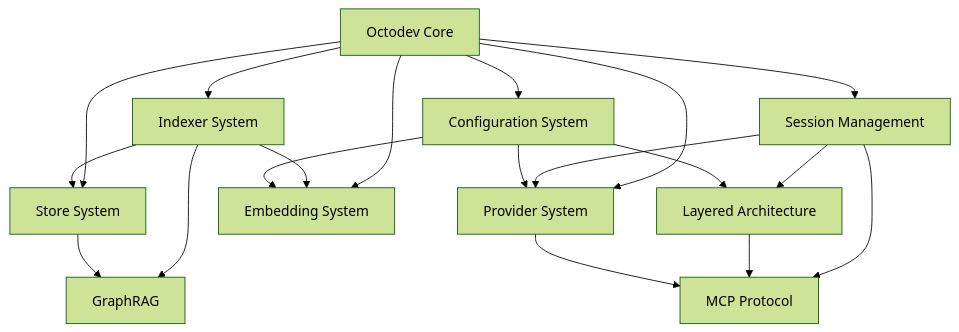
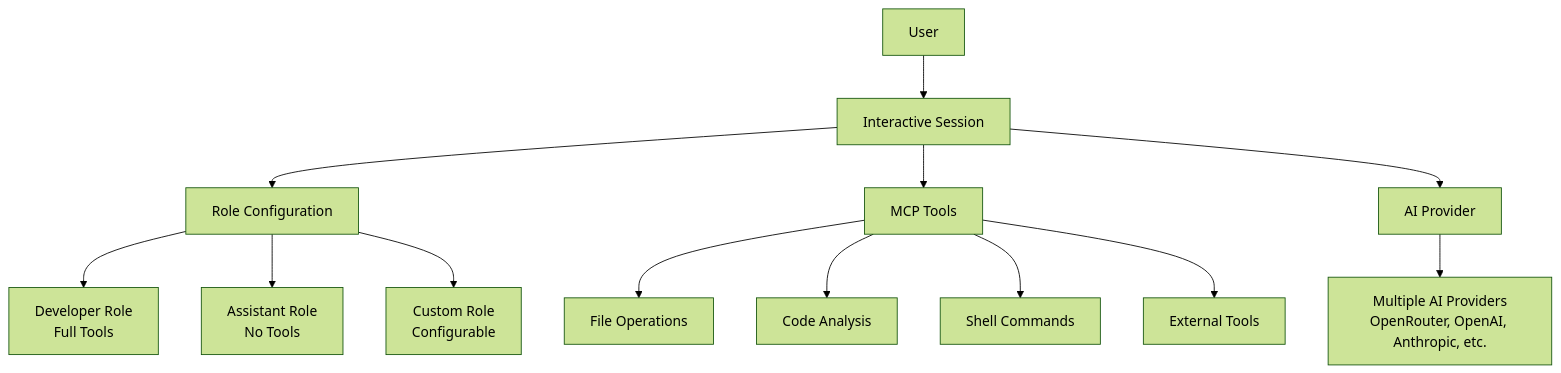
Before and after one commit to Muvon/octomind: the diagram in doc/01-overview.md, drawn with Mermaid (forest theme). The commit also changed other lines of this file and 15 other files, not shown here.

````diff
--- a/doc/01-overview.md
+++ b/doc/01-overview.md
@@ -13,22 +13,18 @@
 ```mermaid
 graph TB
-    A[Octodev Core] --> B[Configuration System]
-    A --> C[Store System] 
-    A --> D[Indexer System]
-    A --> E[Session Management]
-    A --> F[Provider System]
-    A --> G[Embedding System]
+    A[User] --> B[Interactive Session]
+    B --> C[Role Configuration]
+    B --> D[MCP Tools]
+    B --> E[AI Provider]
     
-    E --> F
-    E --> H[Layered Architecture]
-    E --> I[MCP Protocol]
-    D --> G
-    D --> J[GraphRAG]
-    D --> C
-    C --> J
-    B --> F
-    B --> H
-    B --> G
-    H --> I
-    F --> I
+    C --> F[Developer Role<br/>Full Tools]
+    C --> G[Assistant Role<br/>No Tools]
+    C --> H[Custom Role<br/>Configurable]
+    
+    D --> I[File Operations]
+    D --> J[Code Analysis]
+    D --> K[Shell Commands]
+    D --> L[External Tools]
+    
+    E --> M[Multiple AI Providers<br/>OpenRouter, OpenAI, Anthropic, etc.]
 ```
````
